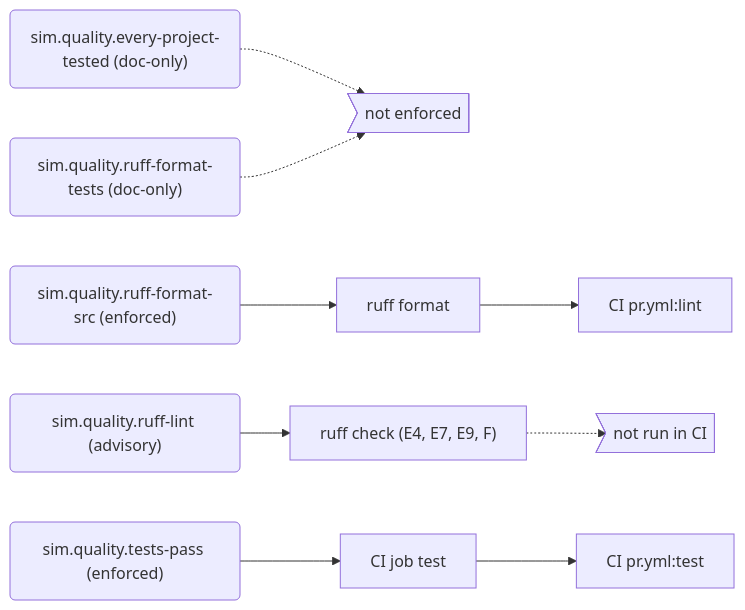
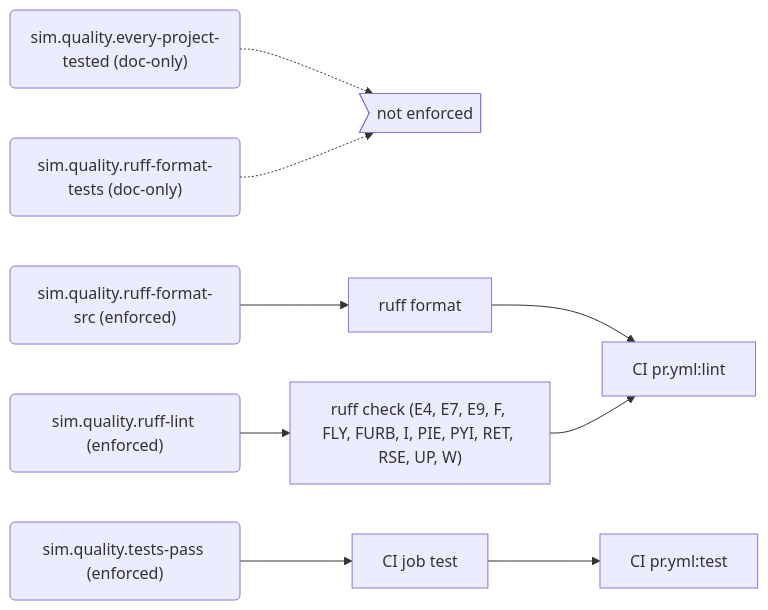
The sixth of 8 diagrams in docs/generated/rules.md (PolicyEngine/policyengine-sim-api), drawn with Mermaid before and after one commit. The commit also changed other lines of this file and 3 other files, not shown here.

First line of the commit message:
Run ruff check in CI and enforce the lint rule

````diff
--- a/docs/generated/rules.md
+++ b/docs/generated/rules.md
@@ -251,23 +251,22 @@
 ```mermaid
 flowchart LR
   r_sim_quality_every_project_tested("sim.quality.every-project-tested (doc-only)")
   gap_unenforced>"not enforced"]
   r_sim_quality_ruff_format_src("sim.quality.ruff-format-src (enforced)")
   e_ruff_format["ruff format"]
   j_CI_pr_yml_lint["CI pr.yml:lint"]
   r_sim_quality_ruff_format_tests("sim.quality.ruff-format-tests (doc-only)")
-  r_sim_quality_ruff_lint("sim.quality.ruff-lint (advisory)")
-  e_ruff_check__E4__E7__E9__F_["ruff check (E4, E7, E9, F)"]
-  local_only>"not run in CI"]
+  r_sim_quality_ruff_lint("sim.quality.ruff-lint (enforced)")
+  e_ruff_check__E4__E7__E9__F__FLY__FURB__I__PIE__PYI__RET__RSE__UP__W_["ruff check (E4, E7, E9, F, FLY, FURB, I, PIE, PYI, RET, RSE, UP, W)"]
   r_sim_quality_tests_pass("sim.quality.tests-pass (enforced)")
   e_CI_job_test["CI job test"]
   j_CI_pr_yml_test["CI pr.yml:test"]
   r_sim_quality_every_project_tested -.-> gap_unenforced
   r_sim_quality_ruff_format_src --> e_ruff_format
   e_ruff_format --> j_CI_pr_yml_lint
   r_sim_quality_ruff_format_tests -.-> gap_unenforced
-  r_sim_quality_ruff_lint --> e_ruff_check__E4__E7__E9__F_
-  e_ruff_check__E4__E7__E9__F_ -.-> local_only
+  r_sim_quality_ruff_lint --> e_ruff_check__E4__E7__E9__F__FLY__FURB__I__PIE__PYI__RET__RSE__UP__W_
+  e_ruff_check__E4__E7__E9__F__FLY__FURB__I__PIE__PYI__RET__RSE__UP__W_ --> j_CI_pr_yml_lint
   r_sim_quality_tests_pass --> e_CI_job_test
   e_CI_job_test --> j_CI_pr_yml_test
 ```
````
